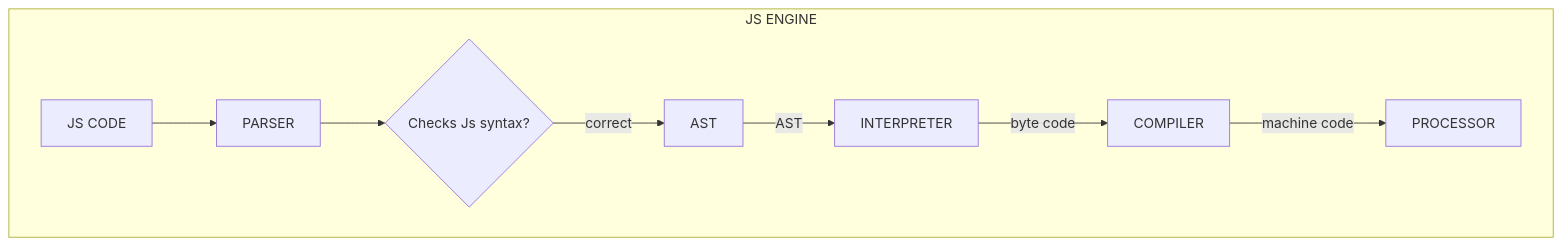
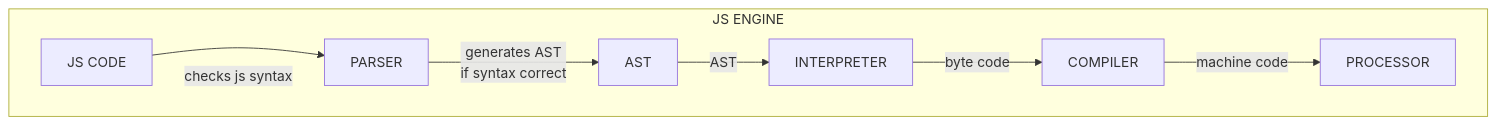
The second of 2 diagrams in Javascript/WORKING_OF_JAVASCRIPT.md (SoumyaMoturi/Tech-Diary), drawn with Mermaid before and after one commit. The commit also changed other lines of this file, not shown here.

````diff
--- a/Javascript/WORKING_OF_JAVASCRIPT.md
+++ b/Javascript/WORKING_OF_JAVASCRIPT.md
@@ -32,14 +33,14 @@
 ``` mermaid
 
 flowchart LR
     subgraph "JS ENGINE"
     direction LR
     jscode["JS CODE"] --> PARSER
-    PARSER --> check{"Checks Js syntax?"}
-    check --> |correct|AST
+    PARSER ~~~|"checks js syntax"| jscode
+    PARSER --> |"generates AST<br>if syntax correct"|AST
     AST --> |AST|INTERPRETER
     INTERPRETER --> |"byte code"|COMPILER
     COMPILER --> |"machine code"|PROCESSOR
     end
 
 ```
````
